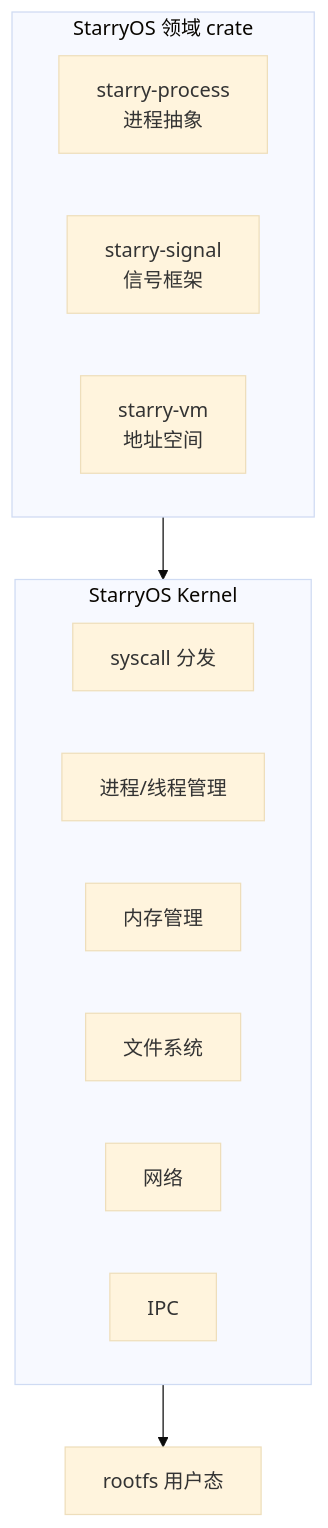
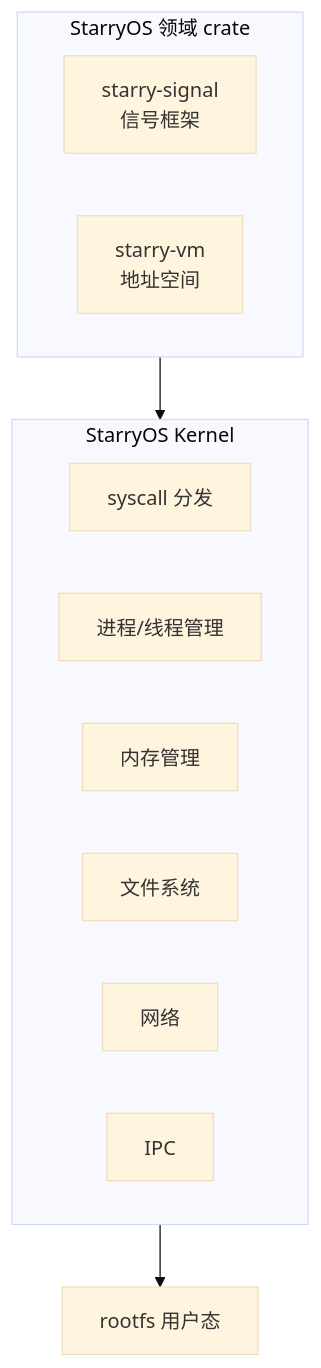
The third of 4 diagrams in docs/docs/introduction/overview.md (451846939/tgoskits), drawn with Mermaid (base theme) before and after one commit. The commit also changed other lines of this file and 150 other files, not shown here.

````diff
--- a/docs/docs/introduction/overview.md
+++ b/docs/docs/introduction/overview.md
@@ -201,20 +201,19 @@
 ```mermaid
 flowchart TD
     subgraph starry_components["StarryOS 领域 crate"]
-        proc["starry-process<br/>进程抽象"]
         sig["starry-signal<br/>信号框架"]
         vm["starry-vm<br/>地址空间"]
     end
 
     subgraph kernel["StarryOS Kernel"]
         syscall["syscall 分发"]
         task["进程/线程管理"]
         mm["内存管理"]
         file["文件系统"]
         net["网络"]
         ipc["IPC"]
     end
 
     starry_components --> kernel
     kernel --> rootfs["rootfs 用户态"]
 ```
````
